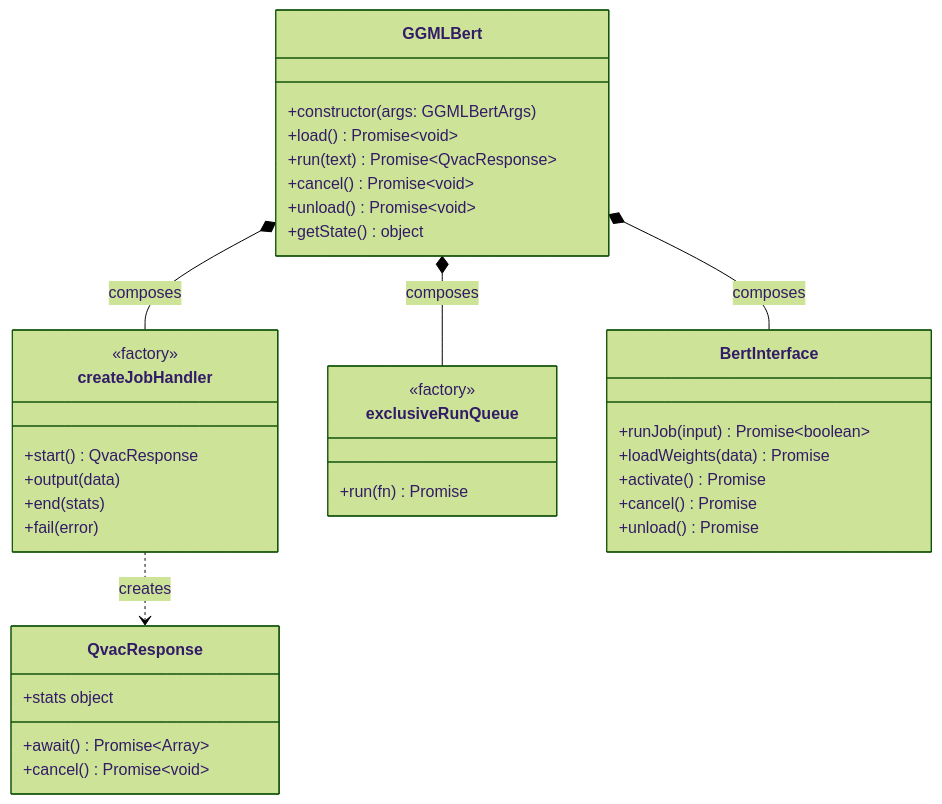
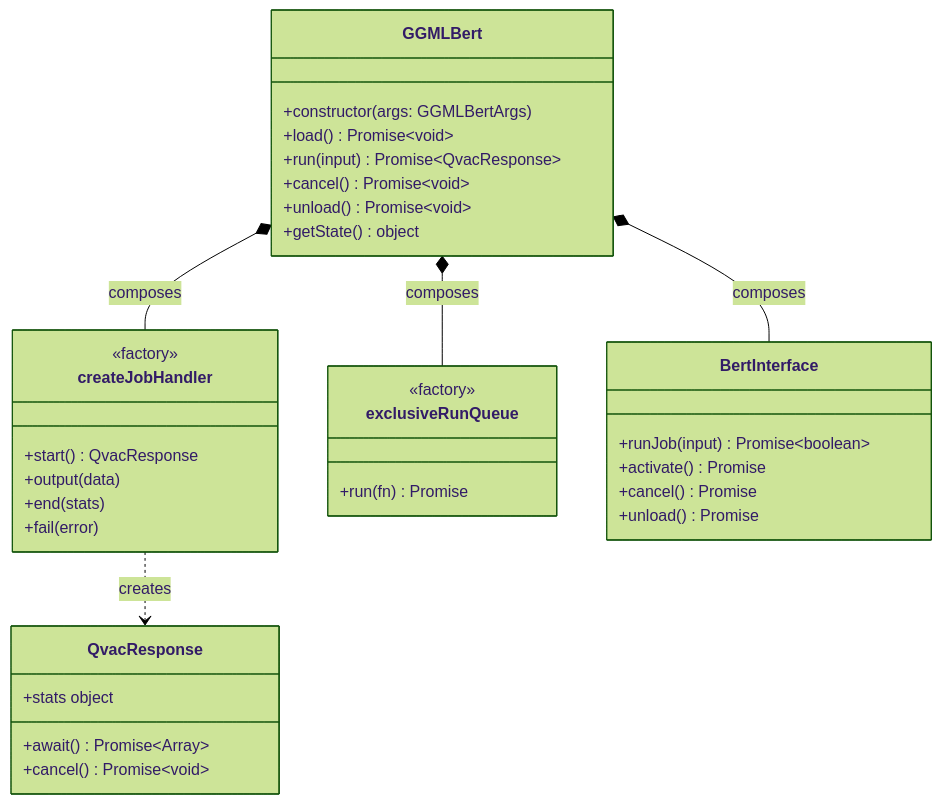
The second of 4 diagrams in packages/embed-llamacpp/docs/architecture.md (tetherto/qvac), drawn with Mermaid (forest theme) before and after one commit. The commit also changed other lines of this file and 64 other files, not shown here.

````diff
--- a/packages/embed-llamacpp/docs/architecture.md
+++ b/packages/embed-llamacpp/docs/architecture.md
@@ -165,43 +166,42 @@
 ```mermaid
 classDiagram
     class GGMLBert {
         +constructor(args: GGMLBertArgs)
         +load() Promise~void~
-        +run(text) Promise~QvacResponse~
+        +run(input) Promise~QvacResponse~
         +cancel() Promise~void~
         +unload() Promise~void~
         +getState() object
     }
 
     class createJobHandler {
         <<factory>>
         +start() QvacResponse
         +output(data)
         +end(stats)
         +fail(error)
     }
 
     class exclusiveRunQueue {
         <<factory>>
         +run(fn) Promise
     }
 
     class QvacResponse {
         +await() Promise~Array~
         +cancel() Promise~void~
         +stats object
     }
 
     class BertInterface {
         +runJob(input) Promise~boolean~
-        +loadWeights(data) Promise
         +activate() Promise
         +cancel() Promise
         +unload() Promise
     }
 
     GGMLBert *-- createJobHandler : composes
     GGMLBert *-- exclusiveRunQueue : composes
     GGMLBert *-- BertInterface : composes
     createJobHandler ..> QvacResponse : creates
 ```
````
